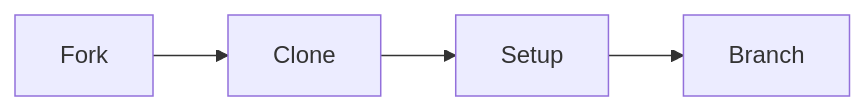
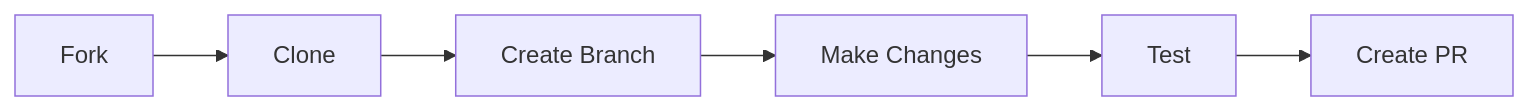
One commit to HUSAM-07/AccessX changed the third of 4 diagrams in README.md. Above: the diagram before and after it, drawn with Mermaid. The commit also changed other lines of this file, not shown here.

````diff
--- a/README.md
+++ b/README.md
@@ -107,6 +104,8 @@
-   ```mermaid
-   flowchart LR
-       A[Fork] --> B[Clone]
-       B --> C[Setup]
-       C --> D[Branch]
-   ```
+```mermaid
+flowchart LR
+    A[Fork] --> B[Clone]
+    B --> C[Create Branch]
+    C --> D[Make Changes]
+    D --> E[Test]
+    E --> F[Create PR]
+```
````
